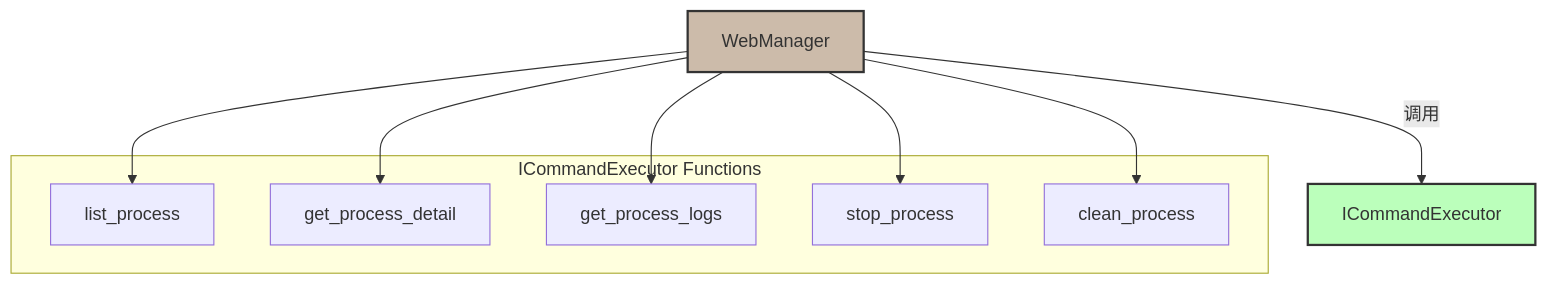
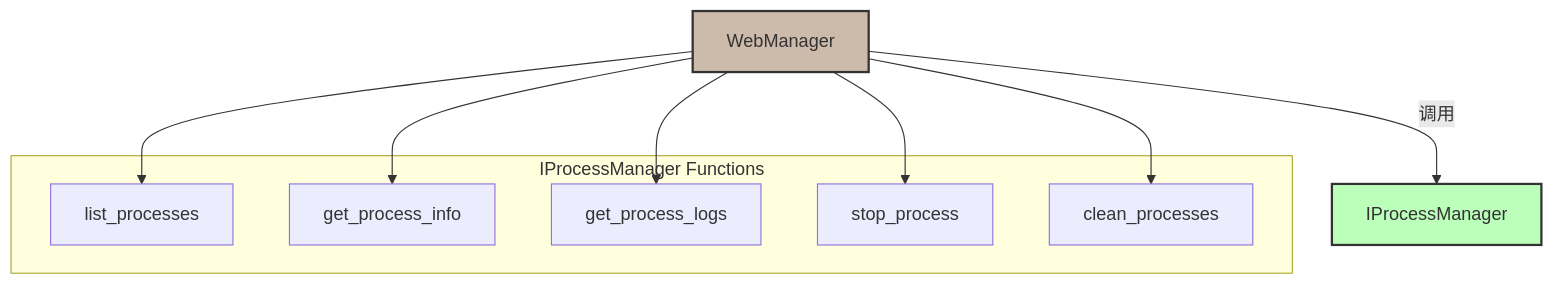
The third of 4 diagrams in docs/mcp-command-server-TDS.md (Spark-Liang/mcp-os-server), drawn with Mermaid before and after one commit. The commit also changed other lines of this file and 39 other files, not shown here.

````diff
--- a/docs/mcp-command-server-TDS.md
+++ b/docs/mcp-command-server-TDS.md
@@ -1011,21 +789,21 @@
 ```mermaid
 graph TD
-    WebManager[WebManager] -- 调用 --> ICommandExecutor[ICommandExecutor]
+    WebManager[WebManager] -- 调用 --> IProcessManager[IProcessManager]
 
-    subgraph ICommandExecutor Functions
-        CE_List[list_process]
-        CE_Detail[get_process_detail]
-        CE_Logs[get_process_logs]
-        CE_Stop[stop_process]
-        CE_Clean[clean_process]
+    subgraph IProcessManager Functions
+        PM_List[list_processes]
+        PM_Detail[get_process_info]
+        PM_Logs[get_process_logs]
+        PM_Stop[stop_process]
+        PM_Clean[clean_processes]
     end
 
-    WebManager --> CE_List
-    WebManager --> CE_Detail
-    WebManager --> CE_Logs
-    WebManager --> CE_Stop
-    WebManager --> CE_Clean
+    WebManager --> PM_List
+    WebManager --> PM_Detail
+    WebManager --> PM_Logs
+    WebManager --> PM_Stop
+    WebManager --> PM_Clean
 
     style WebManager fill:#cba,stroke:#333,stroke-width:2px
-    style ICommandExecutor fill:#bfb,stroke:#333,stroke-width:2px
+    style IProcessManager fill:#bfb,stroke:#333,stroke-width:2px
 ```
````
